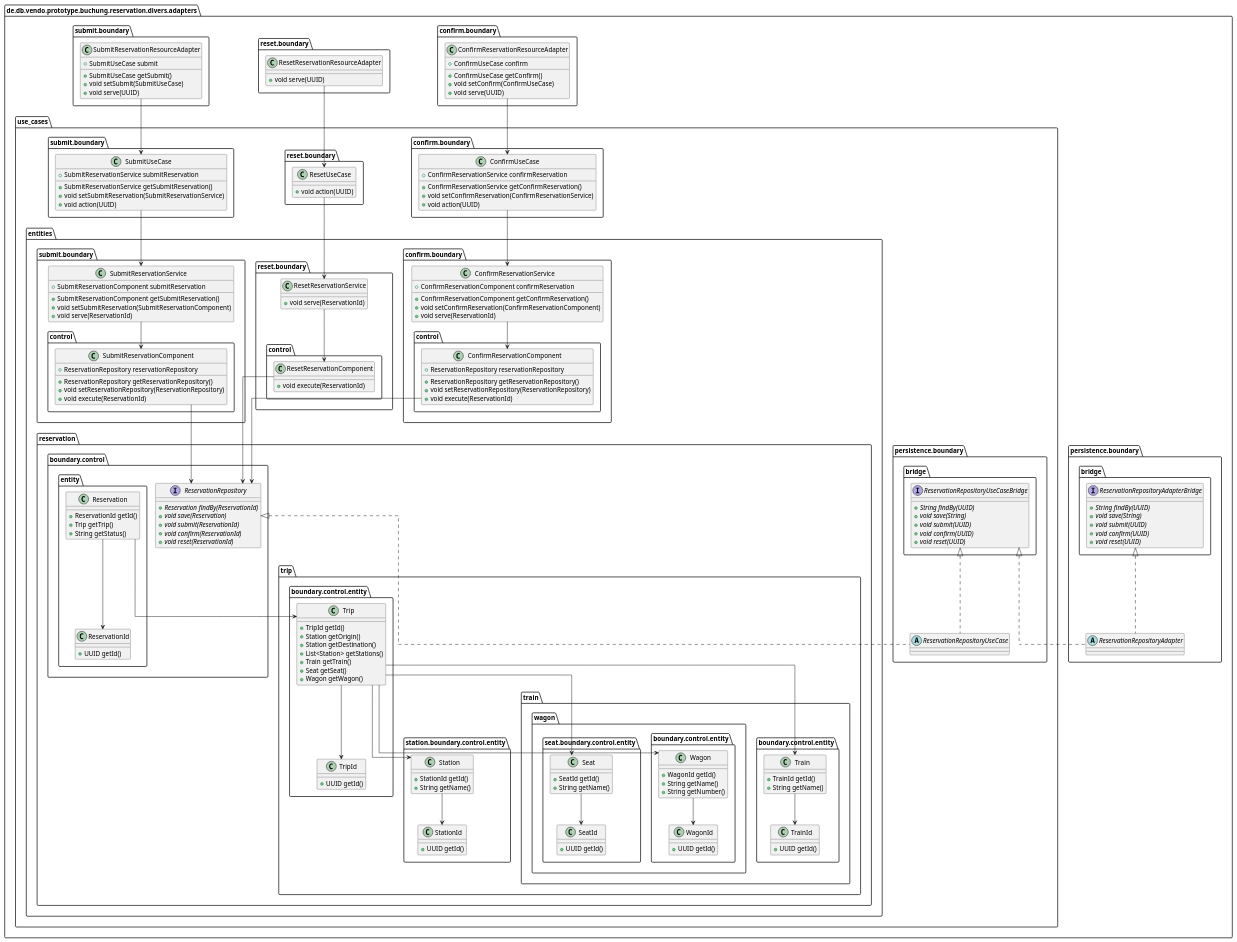
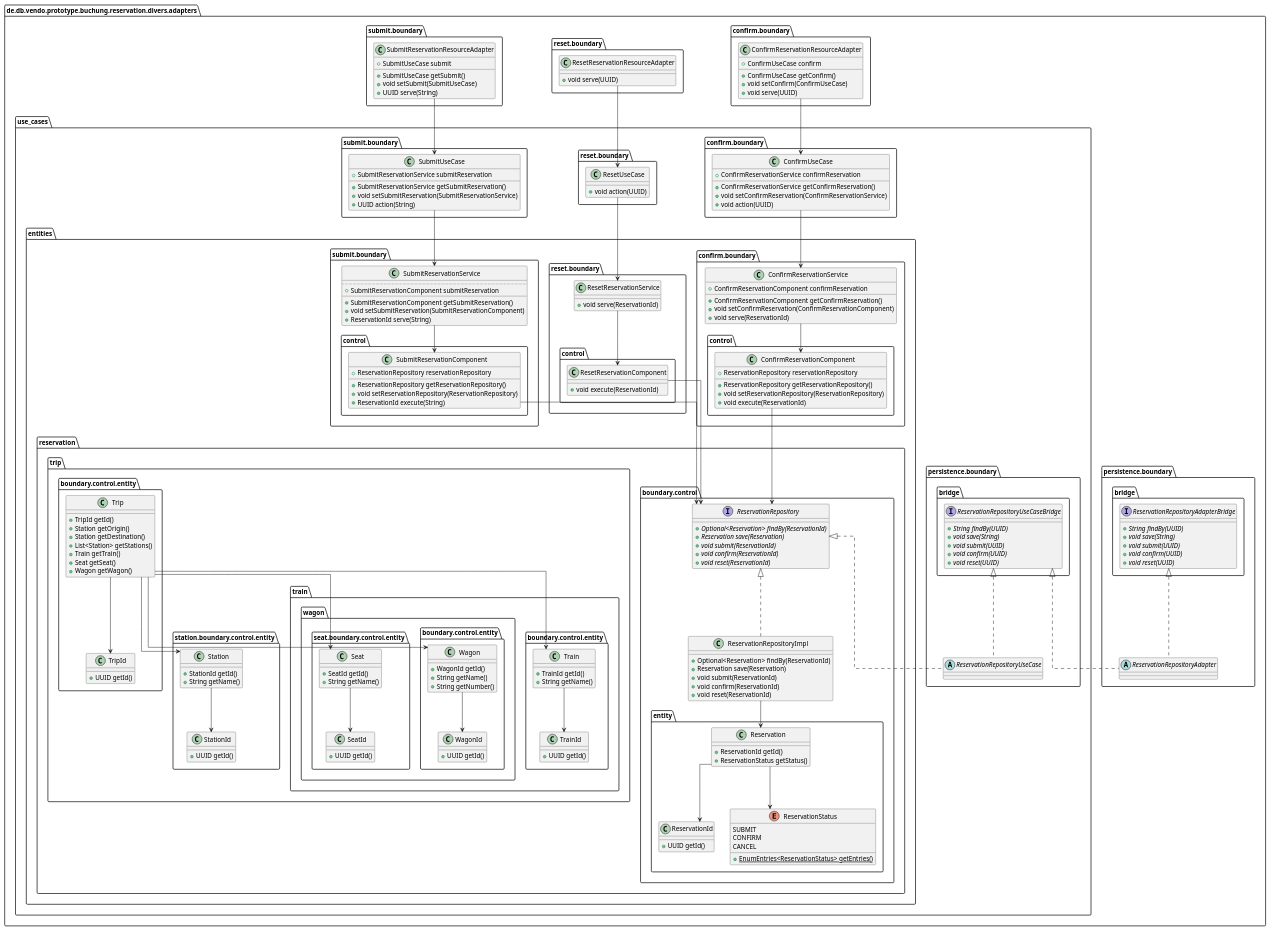
The diagram in doc/uml/puml/adapters.puml (punkratz312/reservation-proto), drawn with PlantUML before and after one commit. The commit also changed 20 other files, not shown here.

```diff
--- a/doc/uml/puml/adapters.puml
+++ b/doc/uml/puml/adapters.puml
@@ -27,7 +27,7 @@
   __
   +SubmitUseCase getSubmit()
   +void setSubmit(SubmitUseCase)
-  +void serve(UUID)
+  +UUID serve(String)
 }
 class "ConfirmUseCase" as de.db.vendo.prototype.buchung.reservation.divers.adapters.use_cases.confirm.boundary.ConfirmUseCase {
   +ConfirmReservationService confirmReservation
@@ -51,19 +51,32 @@
   +void execute(ReservationId)
 }
 interface "ReservationRepository" as de.db.vendo.prototype.buchung.reservation.divers.adapters.use_cases.entities.reservation.boundary.control.ReservationRepository {
-  + {abstract}Reservation findBy(ReservationId)
-  + {abstract}void save(Reservation)
+  + {abstract}Optional<Reservation> findBy(ReservationId)
+  + {abstract}Reservation save(Reservation)
   + {abstract}void submit(ReservationId)
   + {abstract}void confirm(ReservationId)
   + {abstract}void reset(ReservationId)
 }
+class "ReservationRepositoryImpl" as de.db.vendo.prototype.buchung.reservation.divers.adapters.use_cases.entities.reservation.boundary.control.ReservationRepositoryImpl {
+  +Optional<Reservation> findBy(ReservationId)
+  +Reservation save(Reservation)
+  +void submit(ReservationId)
+  +void confirm(ReservationId)
+  +void reset(ReservationId)
+}
 class "Reservation" as de.db.vendo.prototype.buchung.reservation.divers.adapters.use_cases.entities.reservation.boundary.control.entity.Reservation {
   +ReservationId getId()
-  +Trip getTrip()
-  +String getStatus()
+  +ReservationStatus getStatus()
 }
 class "ReservationId" as de.db.vendo.prototype.buchung.reservation.divers.adapters.use_cases.entities.reservation.boundary.control.entity.ReservationId {
   +UUID getId()
+}
+enum "ReservationStatus" as de.db.vendo.prototype.buchung.reservation.divers.adapters.use_cases.entities.reservation.boundary.control.entity.ReservationStatus {
+  SUBMIT
+  CONFIRM
+  CANCEL
+  __
+  + {static}EnumEntries<ReservationStatus> getEntries()
 }
 class "Trip" as de.db.vendo.prototype.buchung.reservation.divers.adapters.use_cases.entities.reservation.trip.boundary.control.entity.Trip {
   +TripId getId()
@@ -113,18 +126,19 @@
   +void execute(ReservationId)
 }
 class "SubmitReservationService" as de.db.vendo.prototype.buchung.reservation.divers.adapters.use_cases.entities.submit.boundary.SubmitReservationService {
+  ..
   +SubmitReservationComponent submitReservation
   __
   +SubmitReservationComponent getSubmitReservation()
   +void setSubmitReservation(SubmitReservationComponent)
-  +void serve(ReservationId)
+  +ReservationId serve(String)
 }
 class "SubmitReservationComponent" as de.db.vendo.prototype.buchung.reservation.divers.adapters.use_cases.entities.submit.boundary.control.SubmitReservationComponent {
   +ReservationRepository reservationRepository
   __
   +ReservationRepository getReservationRepository()
   +void setReservationRepository(ReservationRepository)
-  +void execute(ReservationId)
+  +ReservationId execute(String)
 }
 abstract class "ReservationRepositoryUseCase" as de.db.vendo.prototype.buchung.reservation.divers.adapters.use_cases.persistence.boundary.ReservationRepositoryUseCase {
 }
@@ -143,7 +157,7 @@
   __
   +SubmitReservationService getSubmitReservation()
   +void setSubmitReservation(SubmitReservationService)
-  +void action(UUID)
+  +UUID action(String)
 }
 de.db.vendo.prototype.buchung.reservation.divers.adapters.confirm.boundary.ConfirmReservationResourceAdapter --> de.db.vendo.prototype.buchung.reservation.divers.adapters.use_cases.confirm.boundary.ConfirmUseCase
 de.db.vendo.prototype.buchung.reservation.divers.adapters.persistence.boundary.ReservationRepositoryAdapter .u.|> de.db.vendo.prototype.buchung.reservation.divers.adapters.use_cases.persistence.boundary.bridge.ReservationRepositoryUseCaseBridge
@@ -153,8 +167,10 @@
 de.db.vendo.prototype.buchung.reservation.divers.adapters.use_cases.confirm.boundary.ConfirmUseCase --> de.db.vendo.prototype.buchung.reservation.divers.adapters.use_cases.entities.confirm.boundary.ConfirmReservationService
 de.db.vendo.prototype.buchung.reservation.divers.adapters.use_cases.entities.confirm.boundary.ConfirmReservationService --> de.db.vendo.prototype.buchung.reservation.divers.adapters.use_cases.entities.confirm.boundary.control.ConfirmReservationComponent
 de.db.vendo.prototype.buchung.reservation.divers.adapters.use_cases.entities.confirm.boundary.control.ConfirmReservationComponent --> de.db.vendo.prototype.buchung.reservation.divers.adapters.use_cases.entities.reservation.boundary.control.ReservationRepository
-de.db.vendo.prototype.buchung.reservation.divers.adapters.use_cases.entities.reservation.boundary.control.entity.Reservation --> de.db.vendo.prototype.buchung.reservation.divers.adapters.use_cases.entities.reservation.trip.boundary.control.entity.Trip
+de.db.vendo.prototype.buchung.reservation.divers.adapters.use_cases.entities.reservation.boundary.control.ReservationRepositoryImpl .u.|> de.db.vendo.prototype.buchung.reservation.divers.adapters.use_cases.entities.reservation.boundary.control.ReservationRepository
+de.db.vendo.prototype.buchung.reservation.divers.adapters.use_cases.entities.reservation.boundary.control.ReservationRepositoryImpl --> de.db.vendo.prototype.buchung.reservation.divers.adapters.use_cases.entities.reservation.boundary.control.entity.Reservation
 de.db.vendo.prototype.buchung.reservation.divers.adapters.use_cases.entities.reservation.boundary.control.entity.Reservation --> de.db.vendo.prototype.buchung.reservation.divers.adapters.use_cases.entities.reservation.boundary.control.entity.ReservationId
+de.db.vendo.prototype.buchung.reservation.divers.adapters.use_cases.entities.reservation.boundary.control.entity.Reservation --> de.db.vendo.prototype.buchung.reservation.divers.adapters.use_cases.entities.reservation.boundary.control.entity.ReservationStatus
 de.db.vendo.prototype.buchung.reservation.divers.adapters.use_cases.entities.reservation.trip.boundary.control.entity.Trip --> de.db.vendo.prototype.buchung.reservation.divers.adapters.use_cases.entities.reservation.trip.boundary.control.entity.TripId
 de.db.vendo.prototype.buchung.reservation.divers.adapters.use_cases.entities.reservation.trip.boundary.control.entity.Trip --> de.db.vendo.prototype.buchung.reservation.divers.adapters.use_cases.entities.reservation.trip.station.boundary.control.entity.Station
 de.db.vendo.prototype.buchung.reservation.divers.adapters.use_cases.entities.reservation.trip.boundary.control.entity.Trip --> de.db.vendo.prototype.buchung.reservation.divers.adapters.use_cases.entities.reservation.trip.train.wagon.seat.boundary.control.entity.Seat
```
